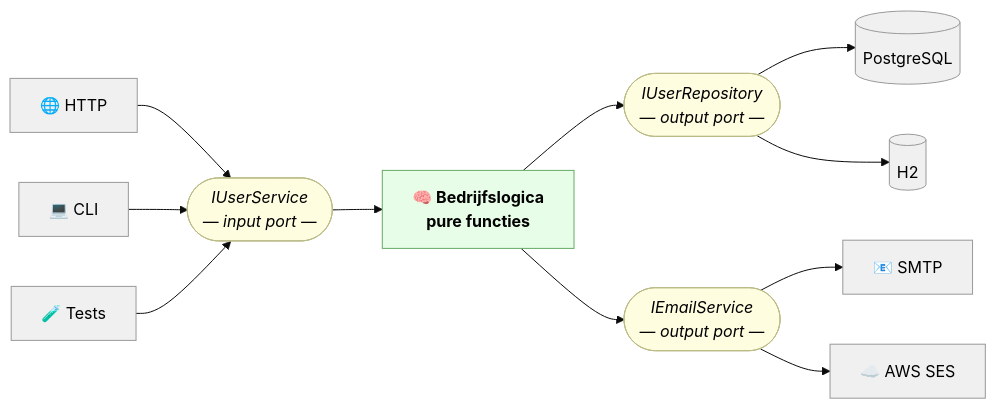
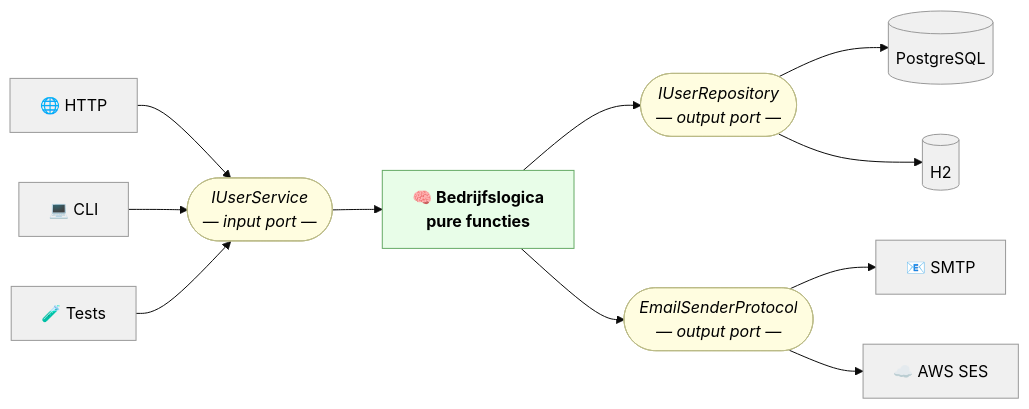
The third of 5 diagrams in dev-docs/presentations/fc-is-hexagonal-nl.adoc (thijs-creemers/boundary), drawn with Mermaid (base theme) before and after one commit. The commit also changed other lines of this file, not shown here.

First line of the commit message:
docs(user): update hexagonal presentation — IEmailService -> EmailSenderProtocol (BOU-170)

```diff
--- a/dev-docs/presentations/fc-is-hexagonal-nl.adoc
+++ b/dev-docs/presentations/fc-is-hexagonal-nl.adoc
@@ -435,31 +435,31 @@
 [mermaid,format=svg,width=100%]
 ....
 flowchart LR
     HTTP["🌐 HTTP"]
     CLI["💻 CLI"]
     TESTS["🧪 Tests"]
 
     SVC(["IUserService\n— input port —"])
 
     CORE["🧠 Bedrijfslogica\npure functies"]
 
     REPO(["IUserRepository\n— output port —"])
-    MAIL(["IEmailService\n— output port —"])
+    MAIL(["EmailSenderProtocol\n— output port —"])
 
     PG[("PostgreSQL")]
     H2[("H2")]
     SMTP["📧 SMTP"]
     SES["☁️ AWS SES"]
 
     HTTP & CLI & TESTS --> SVC --> CORE
     CORE --> REPO & MAIL
     REPO --> PG & H2
     MAIL --> SMTP & SES
 
     classDef port fill:#fffde0,stroke:#bb8,color:#000,font-style:italic
     classDef core fill:#e8fde8,stroke:#6a6,color:#000,font-weight:bold
     classDef adapter fill:#f0f0f0,stroke:#999,color:#000
     class SVC,REPO,MAIL port
     class CORE core
     class HTTP,CLI,TESTS,PG,H2,SMTP,SES adapter
 ....
```
